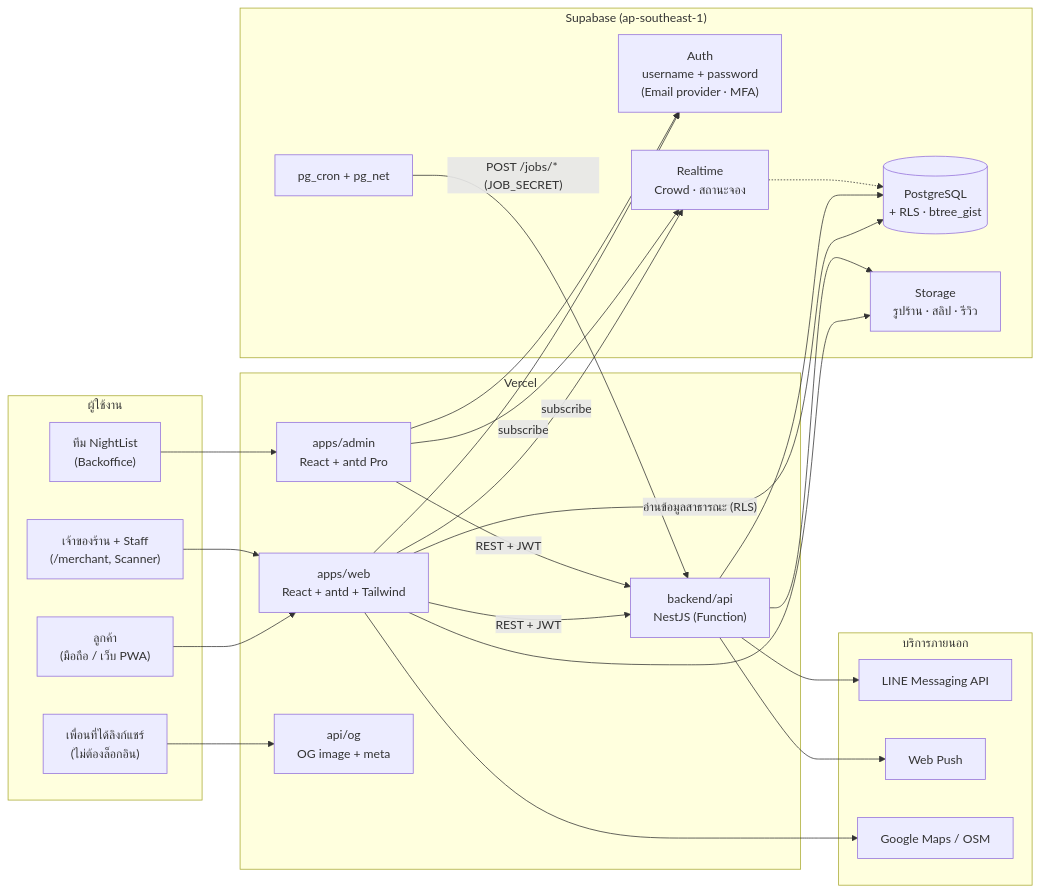
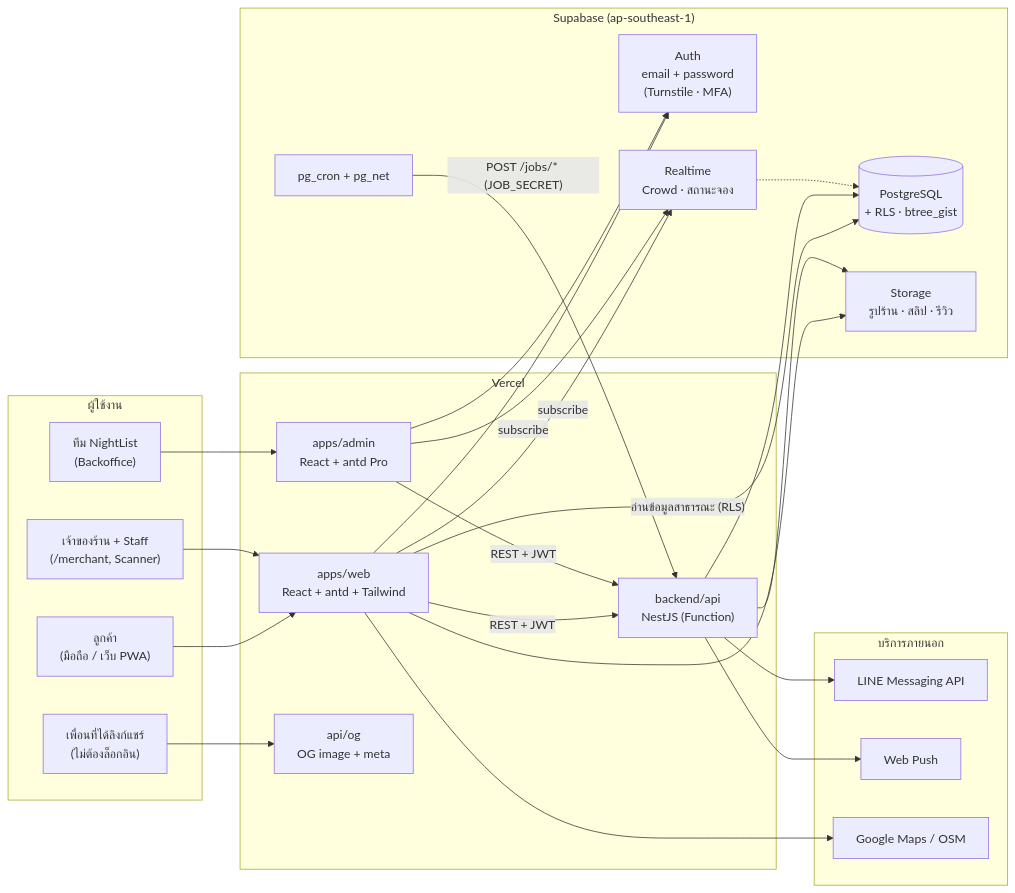
Before and after one commit to NightList/NightList: the first of 6 diagrams in docs/ARCHITECTURE.md, drawn with Mermaid. The commit also changed other lines of this file and 4 other files, not shown here.

First line of the commit message:
docs(auth): switch login to Supabase email + password (v2.8)

````diff
--- a/docs/ARCHITECTURE.md
+++ b/docs/ARCHITECTURE.md
@@ -7,46 +7,46 @@
 ```mermaid
 flowchart LR
   subgraph Clients["ผู้ใช้งาน"]
     C["ลูกค้า<br/>(มือถือ / เว็บ PWA)"]
     M["เจ้าของร้าน + Staff<br/>(/merchant, Scanner)"]
     A["ทีม NightList<br/>(Backoffice)"]
     F["เพื่อนที่ได้ลิงก์แชร์<br/>(ไม่ต้องล็อกอิน)"]
   end
 
   subgraph Vercel["Vercel"]
     WEB["apps/web<br/>React + antd + Tailwind"]
     ADM["apps/admin<br/>React + antd Pro"]
     OG["api/og<br/>OG image + meta"]
     API["backend/api<br/>NestJS (Function)"]
   end
 
   subgraph Supabase["Supabase (ap-southeast-1)"]
-    AUTH["Auth<br/>username + password<br/>(Email provider · MFA)"]
+    AUTH["Auth<br/>email + password<br/>(Turnstile · MFA)"]
     DB[("PostgreSQL<br/>+ RLS · btree_gist")]
     ST["Storage<br/>รูปร้าน · สลิป · รีวิว"]
     RT["Realtime<br/>Crowd · สถานะจอง"]
     CRON["pg_cron + pg_net"]
   end
 
   subgraph External["บริการภายนอก"]
     LINE["LINE Messaging API"]
     PUSH["Web Push"]
     MAP["Google Maps / OSM"]
   end
 
   C & M --> WEB
   A --> ADM
   F --> OG
   WEB & ADM -- "REST + JWT" --> API
   WEB -- "อ่านข้อมูลสาธารณะ (RLS)" --> DB
   WEB & ADM -- "subscribe" --> RT
   WEB & ADM --> AUTH
   WEB --> ST
   WEB --> MAP
   API --> DB
   API --> ST
   API --> LINE
   API --> PUSH
   CRON -- "POST /jobs/* (JOB_SECRET)" --> API
   RT -.-> DB
 ```
````
